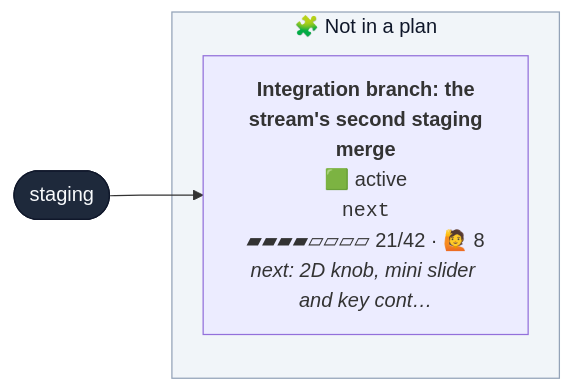
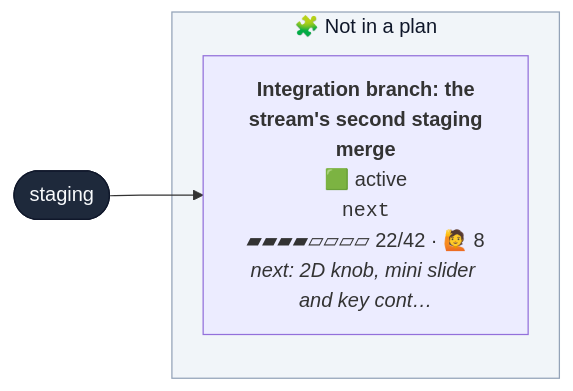
One commit to henryjonescodes/portfolio changed the first of 2 diagrams in CONTRIBUTING.md. Above: the diagram before and after it, drawn with Mermaid. The commit also changed other lines of this file, not shown here.

````diff
--- a/CONTRIBUTING.md
+++ b/CONTRIBUTING.md
@@ -16,18 +16,18 @@
 ```mermaid
 flowchart LR
   n_staging([staging])
   class n_staging trunk
   subgraph loose["🧩 Not in a plan"]
-    n_next["<b>Integration branch: the<br/>stream's second staging<br/>merge</b><br/>🟩 active<br/><code>next</code><br/>▰▰▰▰▱▱▱▱ 21/42 · 🙋 8<br/><i>next: 2D knob, mini slider and key cont…</i>"]
+    n_next["<b>Integration branch: the<br/>stream's second staging<br/>merge</b><br/>🟩 active<br/><code>next</code><br/>▰▰▰▰▱▱▱▱ 22/42 · 🙋 8<br/><i>next: 2D knob, mini slider and key cont…</i>"]
     class n_next active,current
   end
   style loose fill:#f1f5f9,stroke:#94a3b8,color:#0f172a
   n_staging --> n_next
   classDef planned fill:#c7d2fe,stroke:#4f46e5,color:#1e1b4b
   classDef sketched fill:#f8fafc,stroke:#64748b,stroke-dasharray:4 3,color:#334155
   classDef active fill:#bbf7d0,stroke:#16a34a,stroke-width:3px,color:#052e16
   classDef review fill:#fde68a,stroke:#d97706,stroke-width:3px,color:#451a03
   classDef blocked fill:#fecaca,stroke:#dc2626,stroke-width:3px,color:#450a0a
   classDef trunk fill:#1e293b,stroke:#0f172a,color:#f8fafc
   classDef current stroke:#0ea5e9,stroke-width:5px
 ```
````
